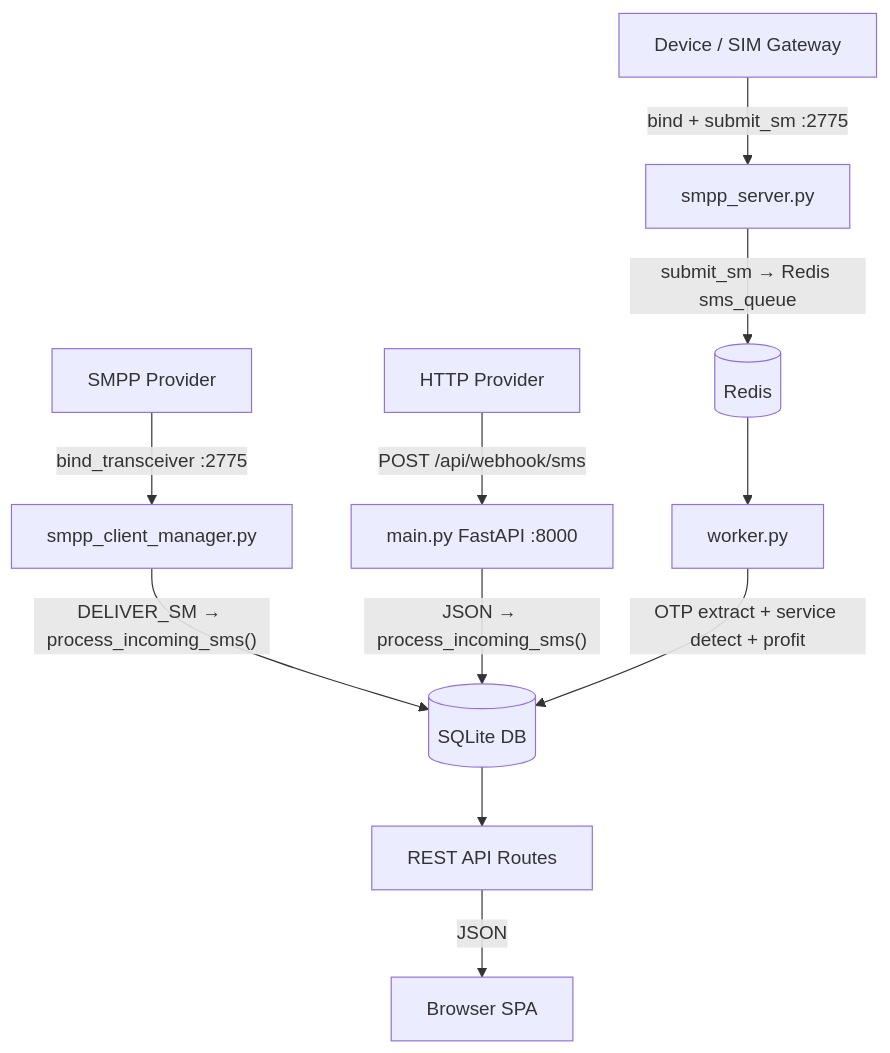
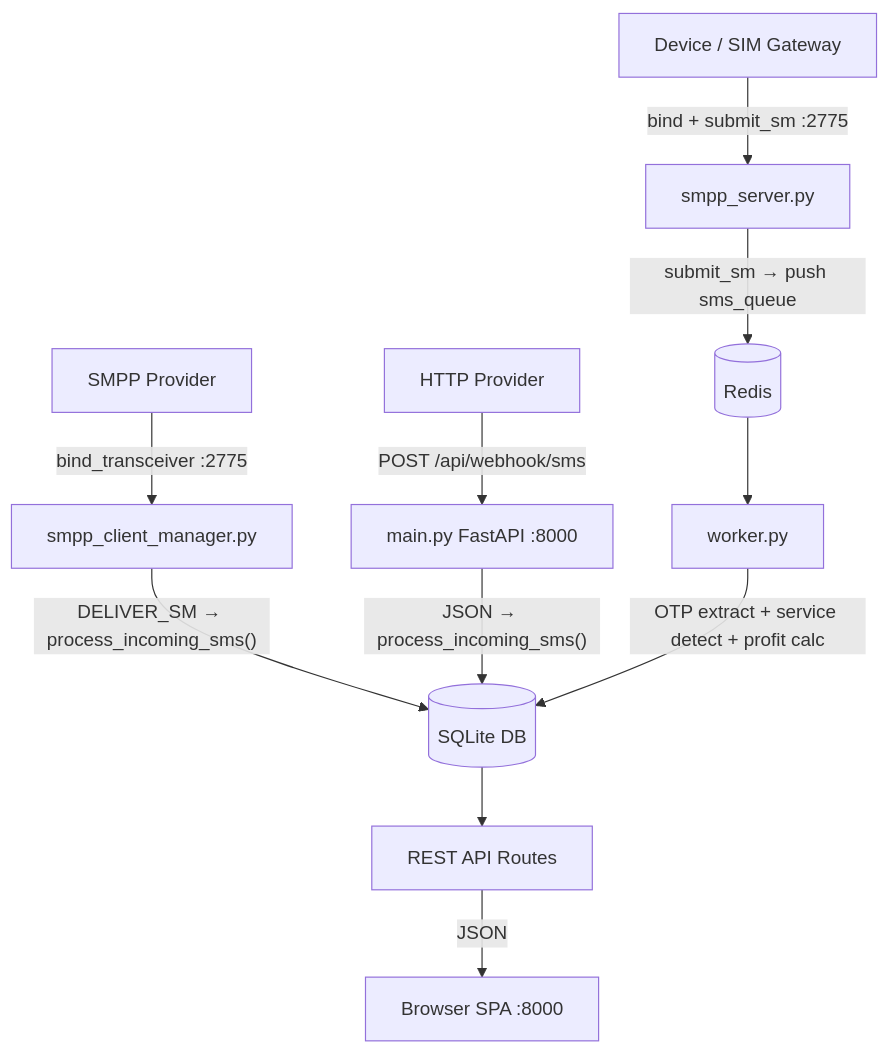
Before and after one commit to Adnan5740/sigmapanel-ci: the first of 4 diagrams in README.md, drawn with Mermaid. The commit also changed other lines of this file and 2 other files, not shown here.

````diff
--- a/README.md
+++ b/README.md
@@ -26,16 +26,16 @@
 ```mermaid
 graph TD
     A[SMPP Provider] -- "bind_transceiver :2775" --> B[smpp_client_manager.py]
     C[Device / SIM Gateway] -- "bind + submit_sm :2775" --> D[smpp_server.py]
     E[HTTP Provider] -- "POST /api/webhook/sms" --> F[main.py FastAPI :8000]
 
     B -- "DELIVER_SM → process_incoming_sms()" --> G[(SQLite DB)]
-    D -- "submit_sm → Redis sms_queue" --> H[(Redis)]
+    D -- "submit_sm → push sms_queue" --> H[(Redis)]
     F -- "JSON → process_incoming_sms()" --> G
 
     H --> I[worker.py]
-    I -- "OTP extract + service detect + profit" --> G
+    I -- "OTP extract + service detect + profit calc" --> G
 
     G --> J[REST API Routes]
-    J -- "JSON" --> K[Browser SPA]
+    J -- "JSON" --> K[Browser SPA :8000]
 ```
````
